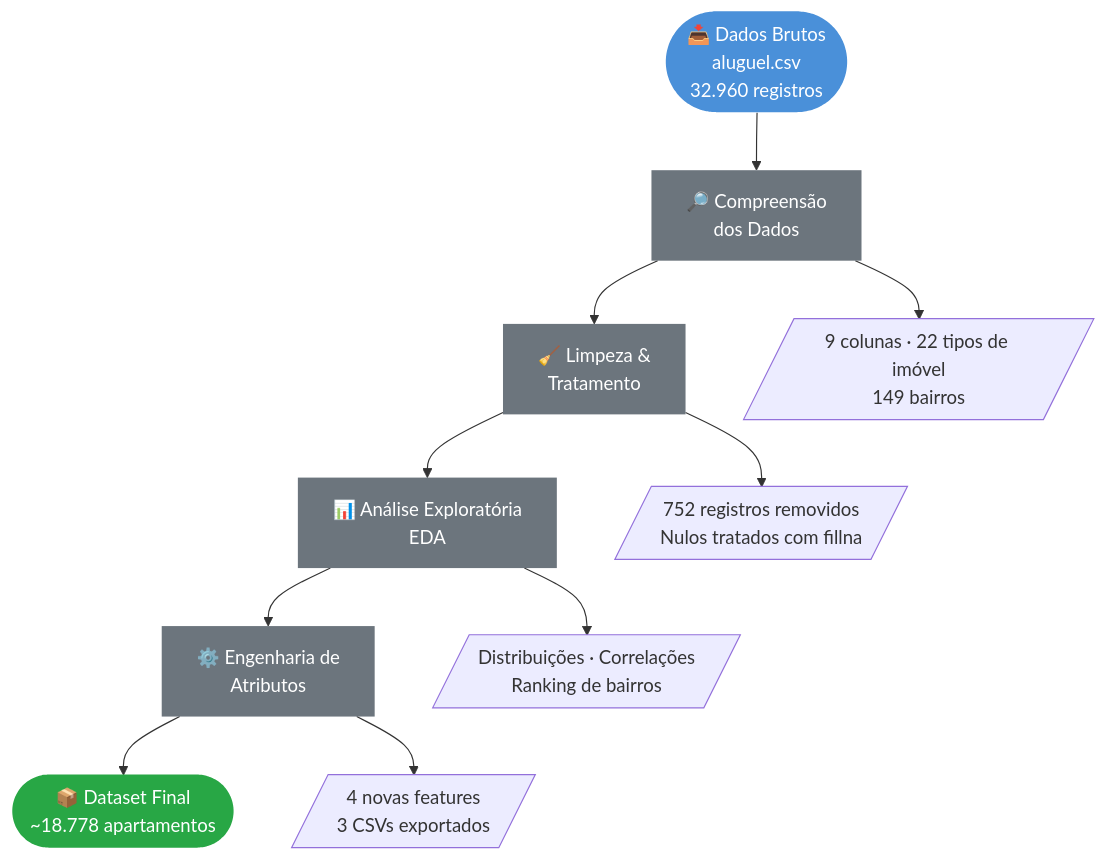
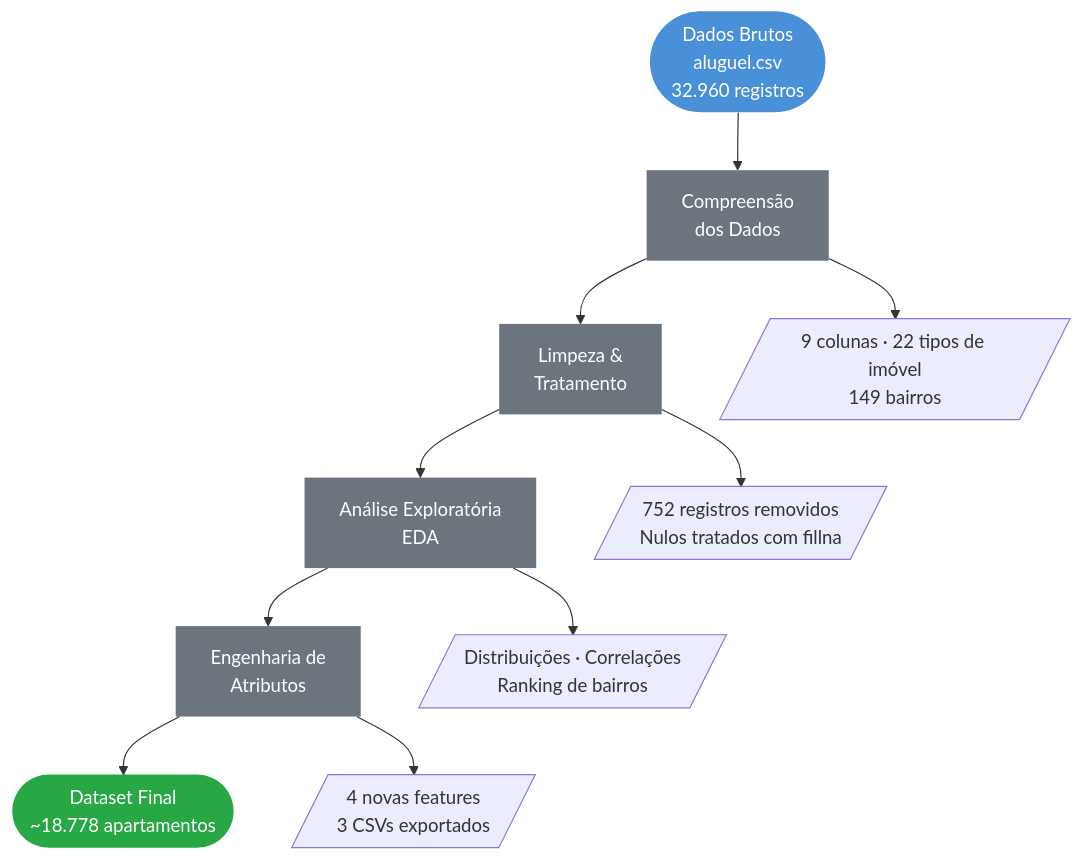
Before and after one commit to Anderson1999DC/Projeto-Imobiliaria: the diagram in README.md, drawn with Mermaid. The commit also changed other lines of this file, not shown here.

````diff
--- a/README.md
+++ b/README.md
@@ -64,20 +62,20 @@
 ```mermaid
 flowchart TD
-    A([📥 Dados Brutos\naluguel.csv\n32.960 registros]) --> B[🔎 Compreensão\ndos Dados]
-    B --> C[🧹 Limpeza &\nTratamento]
-    C --> D[📊 Análise Exploratória\nEDA]
-    D --> E[⚙️ Engenharia de\nAtributos]
-    E --> F([📦 Dataset Final\n~18.778 apartamentos])
+    A([ Dados Brutos\naluguel.csv\n32.960 registros]) --> B[ Compreensão\ndos Dados]
+    B --> C[ Limpeza &\nTratamento]
+    C --> D[ Análise Exploratória\nEDA]
+    D --> E[ Engenharia de\nAtributos]
+    E --> F([ Dataset Final\n~18.778 apartamentos])
 
     B --> B1[/"9 colunas · 22 tipos de imóvel\n149 bairros"/]
     C --> C1[/"752 registros removidos\nNulos tratados com fillna"/]
     D --> D1[/"Distribuições · Correlações\nRanking de bairros"/]
     E --> E1[/"4 novas features\n3 CSVs exportados"/]
 
     style A fill:#4A90D9,color:#fff,stroke:none
     style F fill:#28a745,color:#fff,stroke:none
     style B fill:#6C757D,color:#fff,stroke:none
     style C fill:#6C757D,color:#fff,stroke:none
     style D fill:#6C757D,color:#fff,stroke:none
     style E fill:#6C757D,color:#fff,stroke:none
 ```
````
